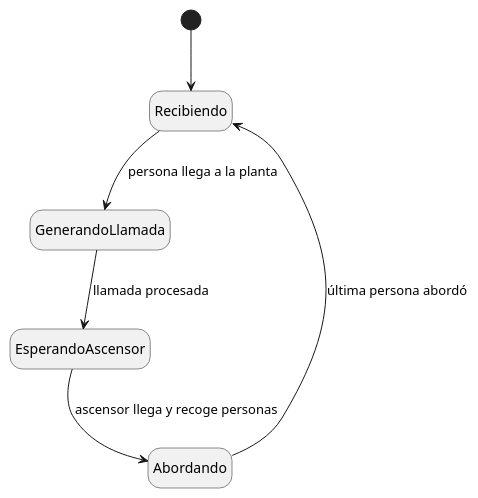
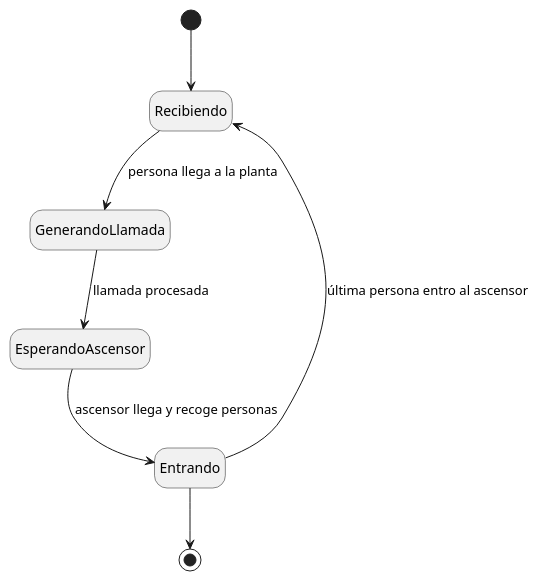
One commit to celiabecerril/24-25-IdSw2-SDD changed the diagram in modelosUML/MdD/DiagramaEstados/DiagramaEstadosPlanta.puml. Above: the diagram before and after it, drawn with PlantUML. The commit also changed other lines of this file and 3 other files, not shown here.

Commit message:
Actualización diagramas

```diff
--- a/modelosUML/MdD/DiagramaEstados/DiagramaEstadosPlanta.puml
+++ b/modelosUML/MdD/DiagramaEstados/DiagramaEstadosPlanta.puml
@@ -1,11 +1,13 @@
 @startuml
 ' Diagrama de Estados: Planta
 hide empty description
 
 [*] --> Recibiendo
 
 Recibiendo --> GenerandoLlamada : persona llega a la planta
 GenerandoLlamada --> EsperandoAscensor : llamada procesada
-EsperandoAscensor --> Abordando : ascensor llega y recoge personas
-Abordando --> Recibiendo : última persona abordó
+EsperandoAscensor --> Entrando : ascensor llega y recoge personas
+Entrando --> Recibiendo : última persona entro al ascensor
+Entrando -->  [*]
+
 @enduml
```
